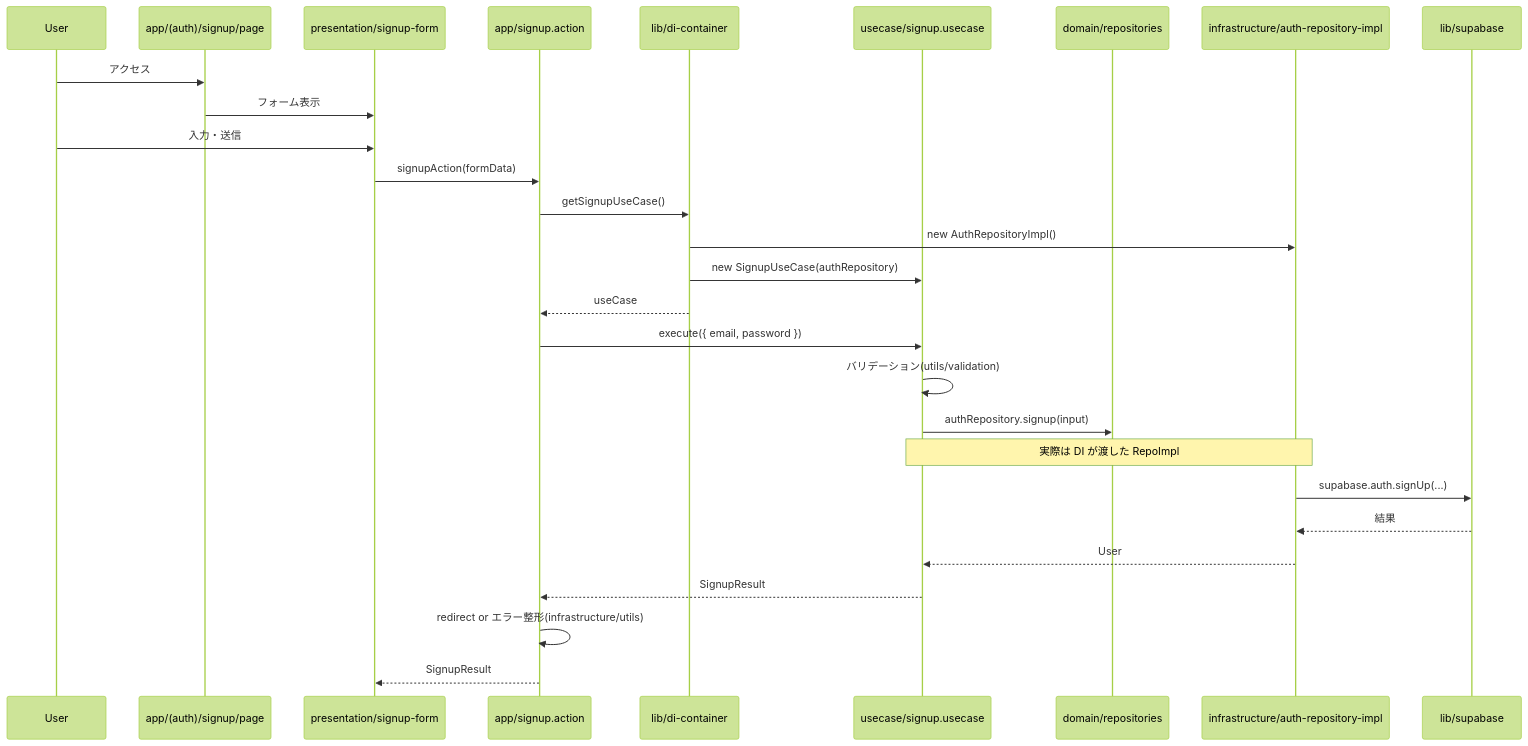
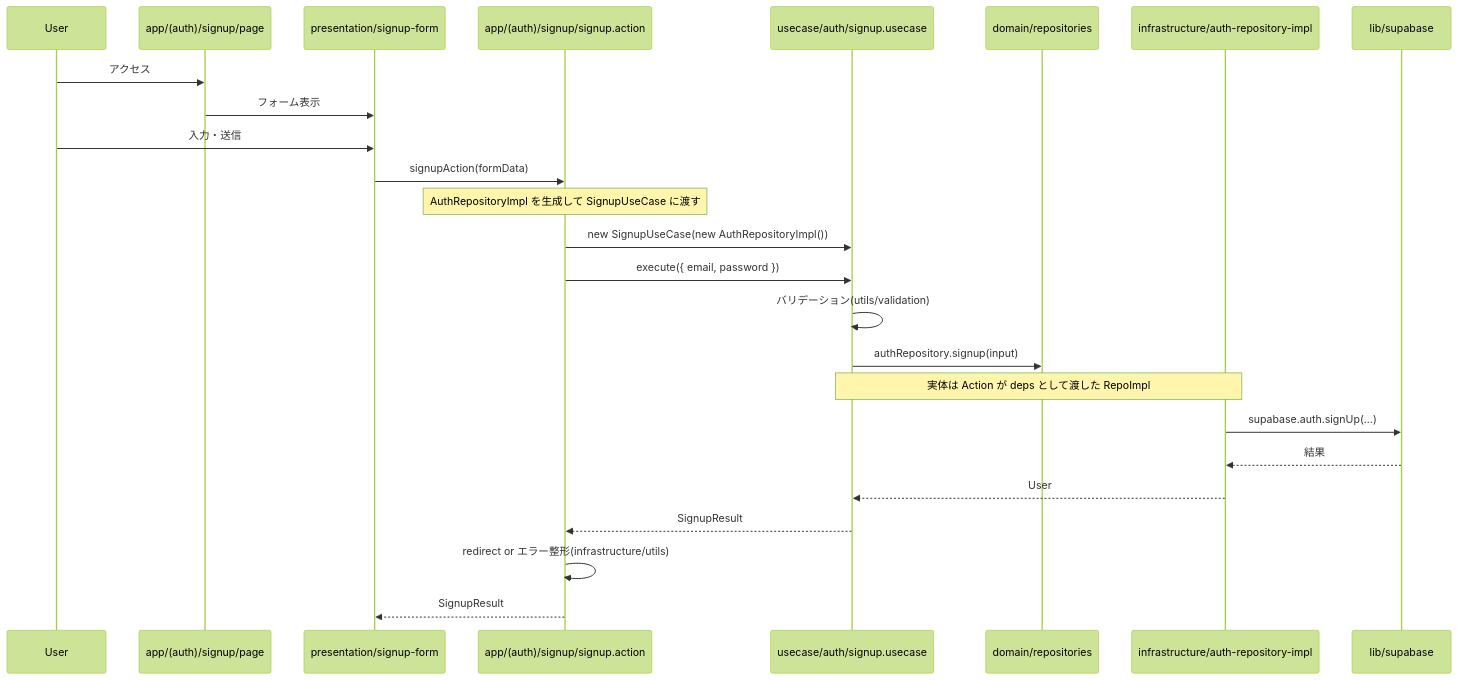
The second of 7 diagrams in docs/architect/clean-architecture-and-directory.md (Nii1214/cooking-recipe), drawn with Mermaid (forest theme) before and after one commit. The commit also changed other lines of this file and 2 other files, not shown here.

````diff
--- a/docs/architect/clean-architecture-and-directory.md
+++ b/docs/architect/clean-architecture-and-directory.md
@@ -129,34 +129,30 @@
 ```mermaid
 sequenceDiagram
     participant User
     participant Page as app/(auth)/signup/page
     participant Form as presentation/signup-form
-    participant Action as app/signup.action
-    participant DI as lib/di-container
-    participant UseCase as usecase/signup.usecase
+    participant Action as app/(auth)/signup/signup.action
+    participant UseCase as usecase/auth/signup.usecase
     participant RepoInterface as domain/repositories
     participant RepoImpl as infrastructure/auth-repository-impl
     participant Lib as lib/supabase
 
     User->>Page: アクセス
     Page->>Form: フォーム表示
     User->>Form: 入力・送信
     Form->>Action: signupAction(formData)
 
-    Action->>DI: getSignupUseCase()
-    DI->>RepoImpl: new AuthRepositoryImpl()
-    DI->>UseCase: new SignupUseCase(authRepository)
-    DI-->>Action: useCase
-
+    Note over Action: AuthRepositoryImpl を生成して SignupUseCase に渡す
+    Action->>UseCase: new SignupUseCase(new AuthRepositoryImpl())
     Action->>UseCase: execute({ email, password })
     UseCase->>UseCase: バリデーション(utils/validation)
     UseCase->>RepoInterface: authRepository.signup(input)
-    Note over UseCase,RepoImpl: 実際は DI が渡した RepoImpl
+    Note over UseCase,RepoImpl: 実体は Action が deps として渡した RepoImpl
     RepoImpl->>Lib: supabase.auth.signUp(...)
     Lib-->>RepoImpl: 結果
     RepoImpl-->>UseCase: User
     UseCase-->>Action: SignupResult
 
     Action->>Action: redirect or エラー整形(infrastructure/utils)
     Action-->>Form: SignupResult
 ```
````
